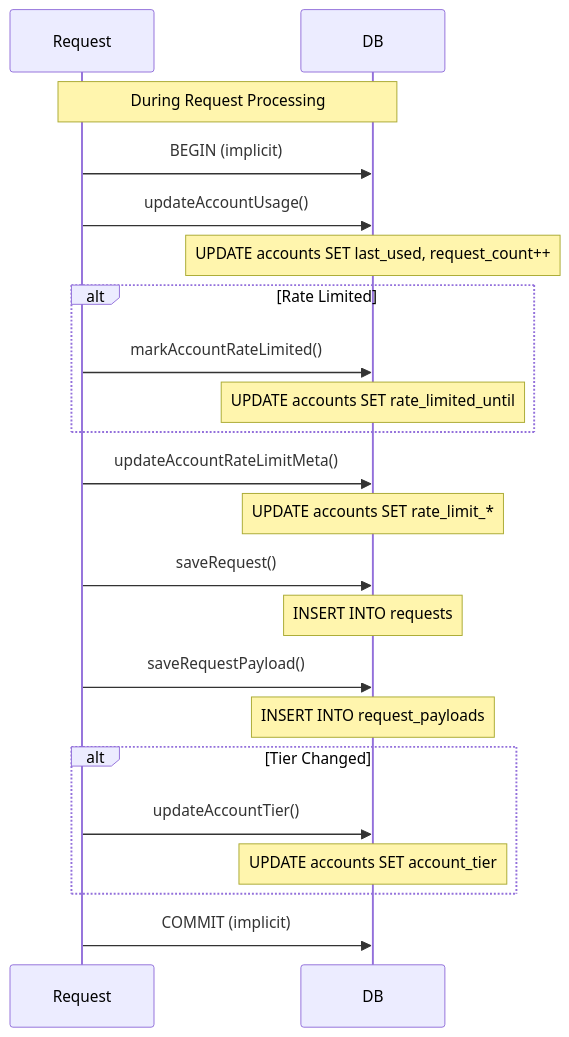
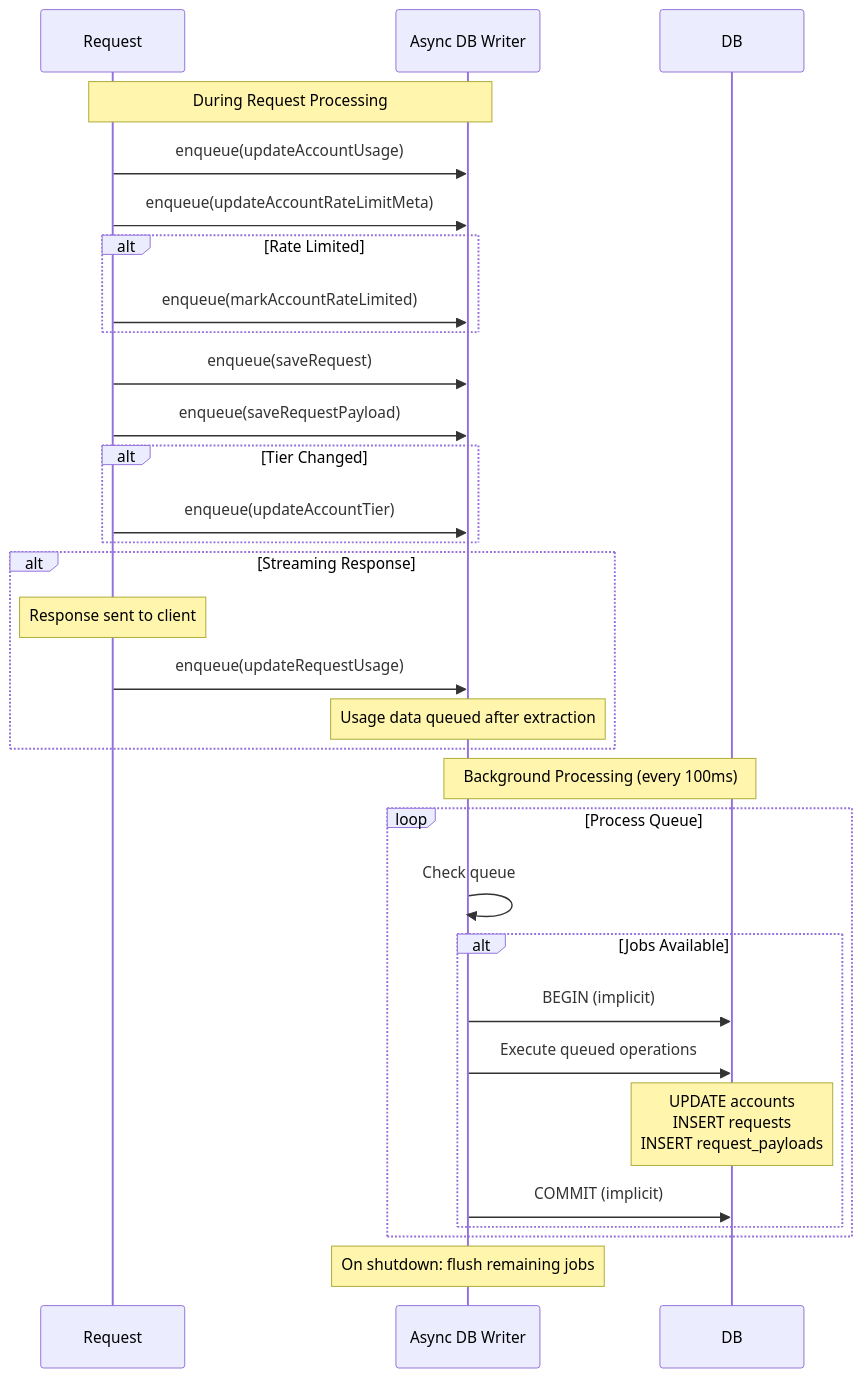
One commit to tombii/better-ccflare changed diagram 12 of 13 in docs/data-flow.md. Above: the diagram before and after it, drawn with Mermaid. The commit also changed other lines of this file and 13 other files, not shown here.

````diff
--- a/docs/data-flow.md
+++ b/docs/data-flow.md
@@ -447,32 +577,42 @@
 ```mermaid
 sequenceDiagram
     participant Request
+    participant AsyncWriter as Async DB Writer
     participant DB
     
-    Note over Request,DB: During Request Processing
+    Note over Request,AsyncWriter: During Request Processing
     
-    Request->>DB: BEGIN (implicit)
-    Request->>DB: updateAccountUsage()
-    Note over DB: UPDATE accounts SET last_used, request_count++
+    Request->>AsyncWriter: enqueue(updateAccountUsage)
+    Request->>AsyncWriter: enqueue(updateAccountRateLimitMeta)
     
     alt Rate Limited
-        Request->>DB: markAccountRateLimited()
-        Note over DB: UPDATE accounts SET rate_limited_until
+        Request->>AsyncWriter: enqueue(markAccountRateLimited)
     end
     
-    Request->>DB: updateAccountRateLimitMeta()
-    Note over DB: UPDATE accounts SET rate_limit_*
-    
-    Request->>DB: saveRequest()
-    Note over DB: INSERT INTO requests
-    
-    Request->>DB: saveRequestPayload()
-    Note over DB: INSERT INTO request_payloads
+    Request->>AsyncWriter: enqueue(saveRequest)
+    Request->>AsyncWriter: enqueue(saveRequestPayload)
     
     alt Tier Changed
-        Request->>DB: updateAccountTier()
-        Note over DB: UPDATE accounts SET account_tier
+        Request->>AsyncWriter: enqueue(updateAccountTier)
     end
     
-    Request->>DB: COMMIT (implicit)
+    alt Streaming Response
+        Note over Request: Response sent to client
+        Request->>AsyncWriter: enqueue(updateRequestUsage)
+        Note over AsyncWriter: Usage data queued after extraction
+    end
+    
+    Note over AsyncWriter,DB: Background Processing (every 100ms)
+    
+    loop Process Queue
+        AsyncWriter->>AsyncWriter: Check queue
+        alt Jobs Available
+            AsyncWriter->>DB: BEGIN (implicit)
+            AsyncWriter->>DB: Execute queued operations
+            Note over DB: UPDATE accounts<br/>INSERT requests<br/>INSERT request_payloads
+            AsyncWriter->>DB: COMMIT (implicit)
+        end
+    end
+    
+    Note over AsyncWriter: On shutdown: flush remaining jobs
 ```
````
